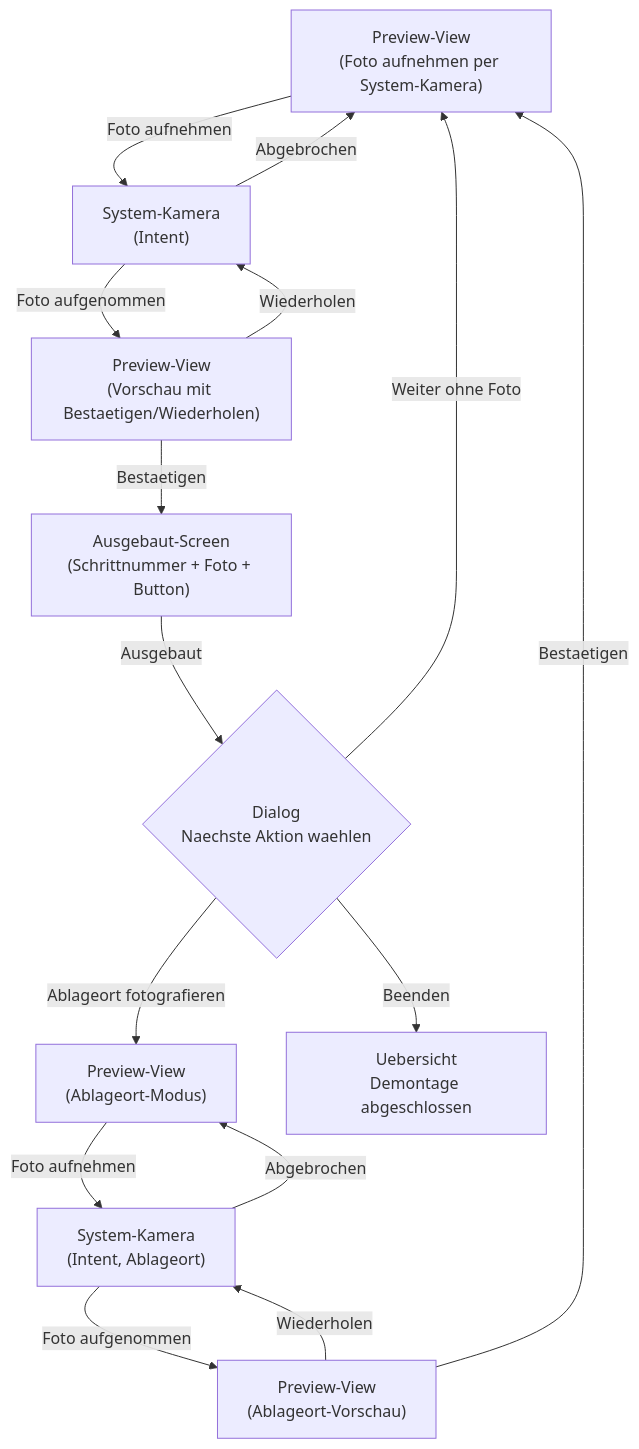
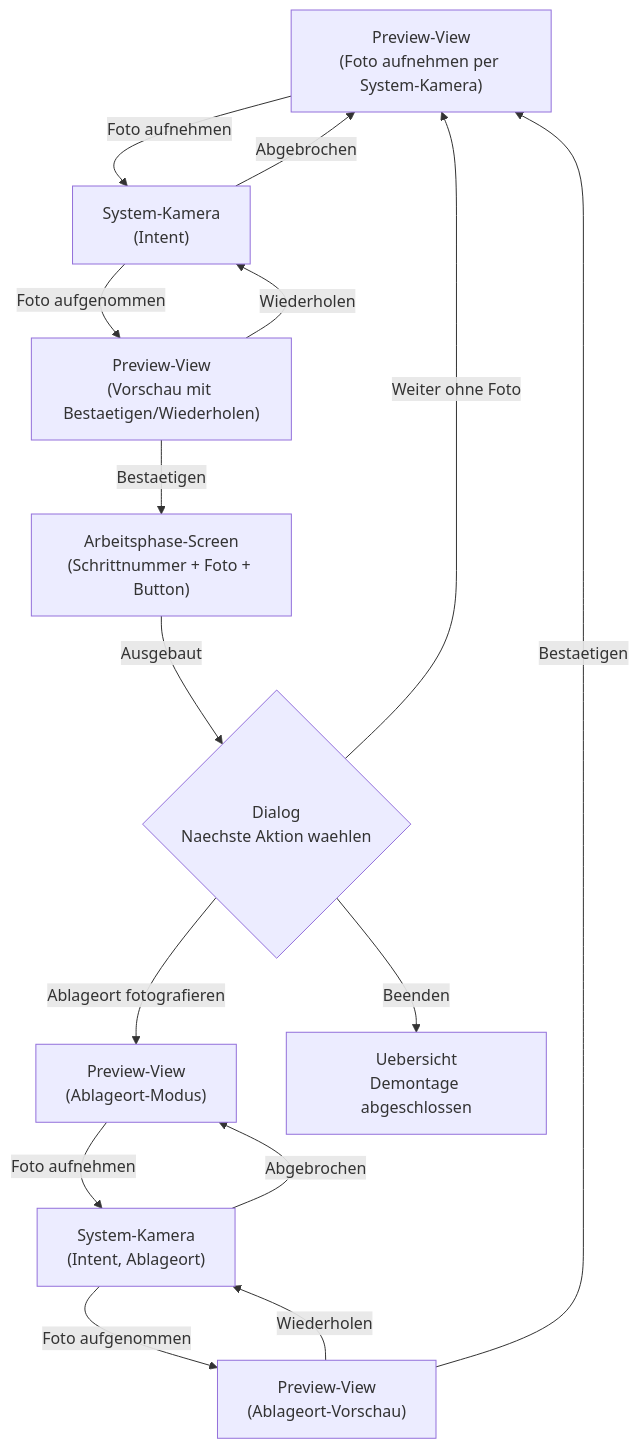
Before and after one commit to KuestenFlunder/BoltMind: the first of 2 diagrams in docs/specs/F-003-demontage/README.md, drawn with Mermaid. The commit also changed other lines of this file and 4 other files, not shown here.

First line of the commit message:
[F-003] Ausgebaut-View → Arbeitsphase-View umbenennen

````diff
--- a/docs/specs/F-003-demontage/README.md
+++ b/docs/specs/F-003-demontage/README.md
@@ -158,17 +158,17 @@
 ```mermaid
 flowchart TD
     A["Preview-View\n(Foto aufnehmen per System-Kamera)"] -- "Foto aufnehmen" --> SK1["System-Kamera\n(Intent)"]
     SK1 -- "Foto aufgenommen" --> B["Preview-View\n(Vorschau mit Bestaetigen/Wiederholen)"]
     SK1 -- "Abgebrochen" --> A
     B -- "Wiederholen" --> SK1
-    B -- "Bestaetigen" --> C["Ausgebaut-Screen\n(Schrittnummer + Foto + Button)"]
+    B -- "Bestaetigen" --> C["Arbeitsphase-Screen\n(Schrittnummer + Foto + Button)"]
     C -- "Ausgebaut" --> D{"Dialog\nNaechste Aktion waehlen"}
     D -- "Ablageort fotografieren" --> E["Preview-View\n(Ablageort-Modus)"]
     E -- "Foto aufnehmen" --> SK2["System-Kamera\n(Intent, Ablageort)"]
     SK2 -- "Foto aufgenommen" --> G["Preview-View\n(Ablageort-Vorschau)"]
     SK2 -- "Abgebrochen" --> E
     D -- "Weiter ohne Foto" --> A
     D -- "Beenden" --> F["Uebersicht\nDemontage abgeschlossen"]
     G -- "Wiederholen" --> SK2
     G -- "Bestaetigen" --> A
 ```
````
